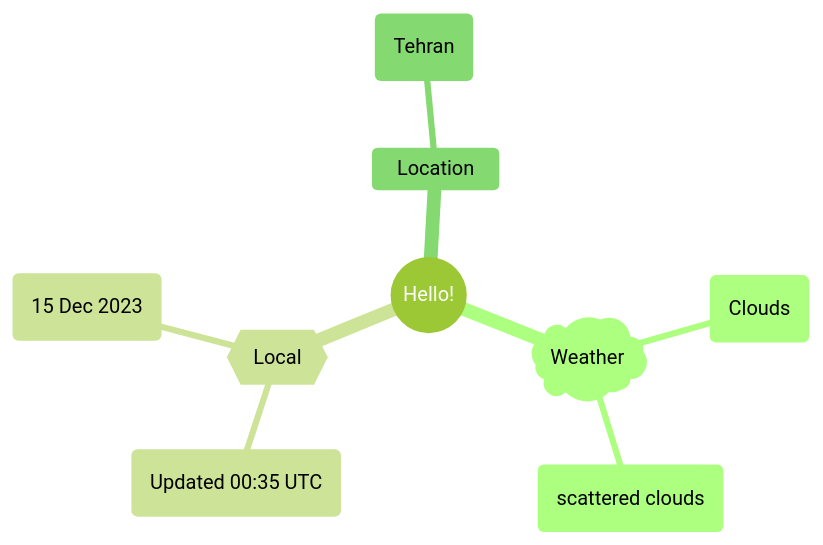
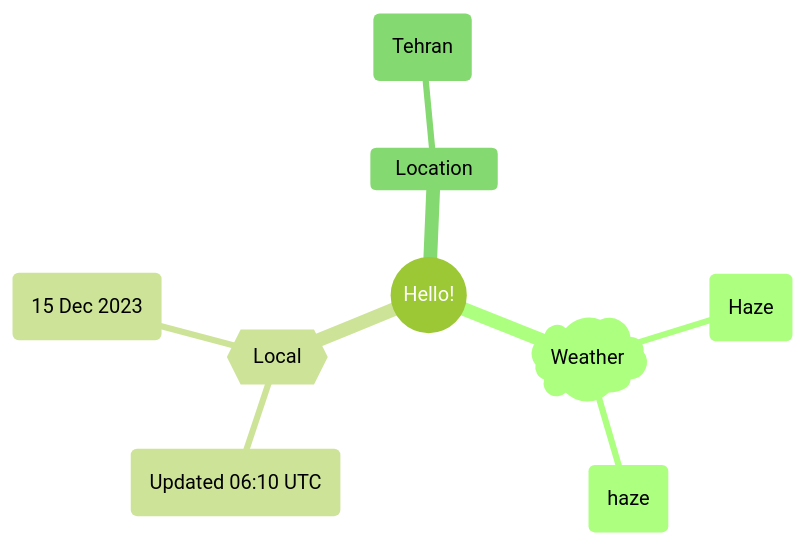
Before and after one commit to Xosrov/Xosrov: the first of 2 diagrams in README.md, drawn with Mermaid (forest theme).

Commit message:
[bot] updated images

````diff
--- a/README.md
+++ b/README.md
@@ -3,12 +3,12 @@
 ```mermaid
 mindmap
   root((Hello!))
     )Weather(
-        (Clouds)
-        (scattered clouds)
+        (Haze)
+        (haze)
     {{Local}}
-        (Updated 00:35 UTC)
+        (Updated 06:10 UTC)
         (15 Dec 2023)
     Location
         (Tehran)
 ```
````
